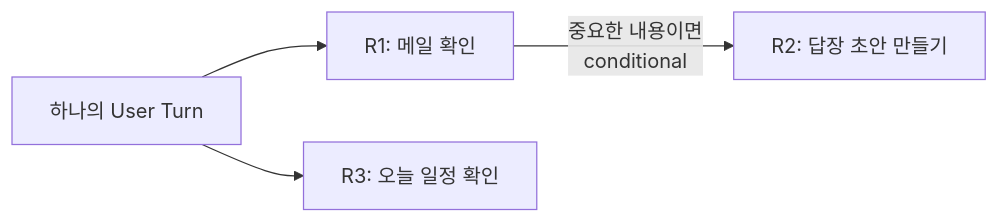
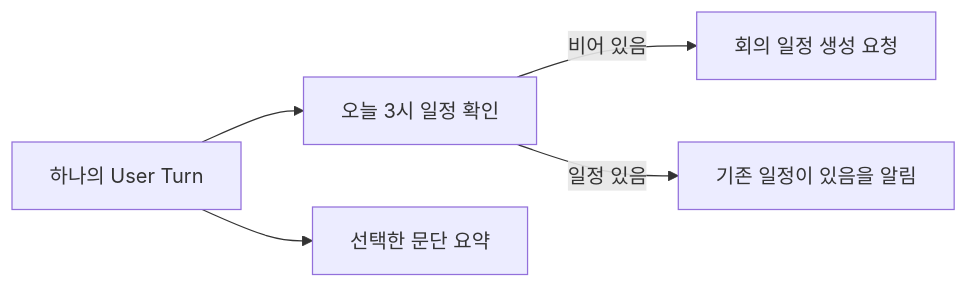
The fourth of 5 diagrams in docs/rebaseline/04-canonical-interaction-flow.md (cbyche/via-sw-architecture), drawn with Mermaid before and after one commit. The commit also changed other lines of this file, not shown here.

````diff
--- a/docs/rebaseline/04-canonical-interaction-flow.md
+++ b/docs/rebaseline/04-canonical-interaction-flow.md
@@ -184,12 +175,13 @@
 ```mermaid
 flowchart LR
     U["하나의 User Turn"]
-
-    A["R1: 메일 확인"]
-    B["R2: 답장 초안 만들기"]
-    C["R3: 오늘 일정 확인"]
+    A["오늘 3시 일정 확인"]
+    B["회의 일정 생성 요청"]
+    C["기존 일정이 있음을 알림"]
+    D["선택한 문단 요약"]
 
     U --> A
-    U --> C
-    A -->|"중요한 내용이면<br/>conditional"| B
+    U --> D
+    A -->|"비어 있음"| B
+    A -->|"일정 있음"| C
 ```
````
